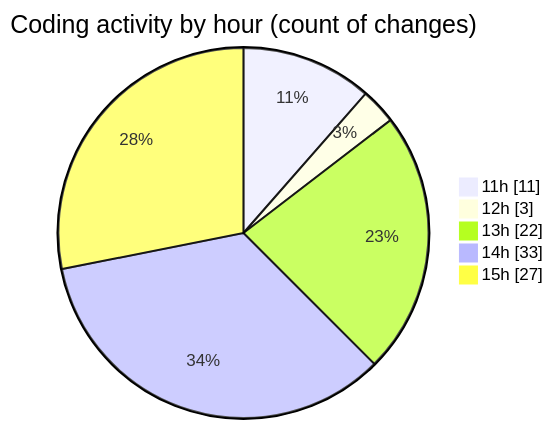
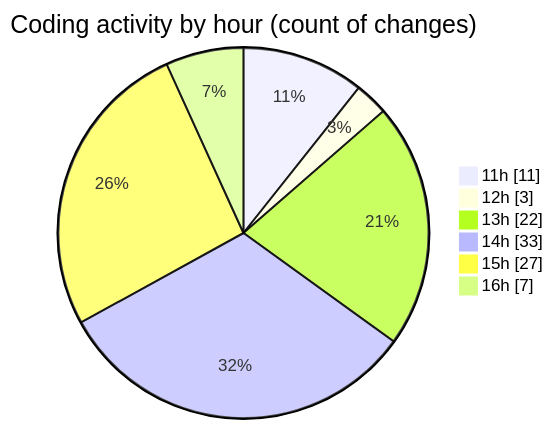
One commit to momahboobian/code-tracking changed the second of 2 diagrams in 2026-05-20/cda/README.md. Above: the diagram before and after it, drawn with Mermaid. The commit also changed other lines of this file and 1 other file, not shown here.

````diff
--- a/2026-05-20/cda/README.md
+++ b/2026-05-20/cda/README.md
@@ -48,9 +48,10 @@
 ```mermaid
 pie showData
 title Coding activity by hour (count of changes)
 "11h" : 11
 "12h" : 3
 "13h" : 22
 "14h" : 33
 "15h" : 27
+"16h" : 7
 ```
````
